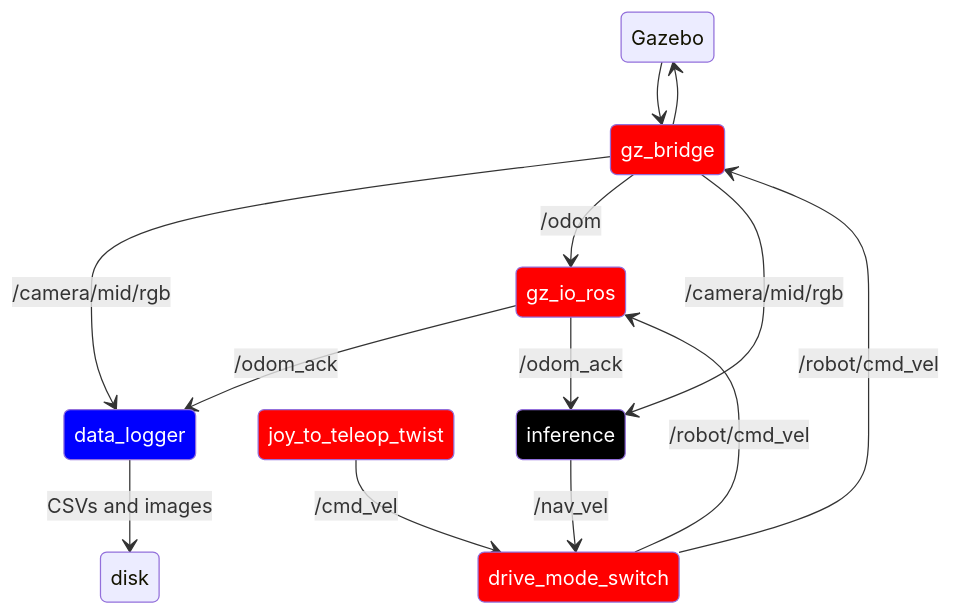
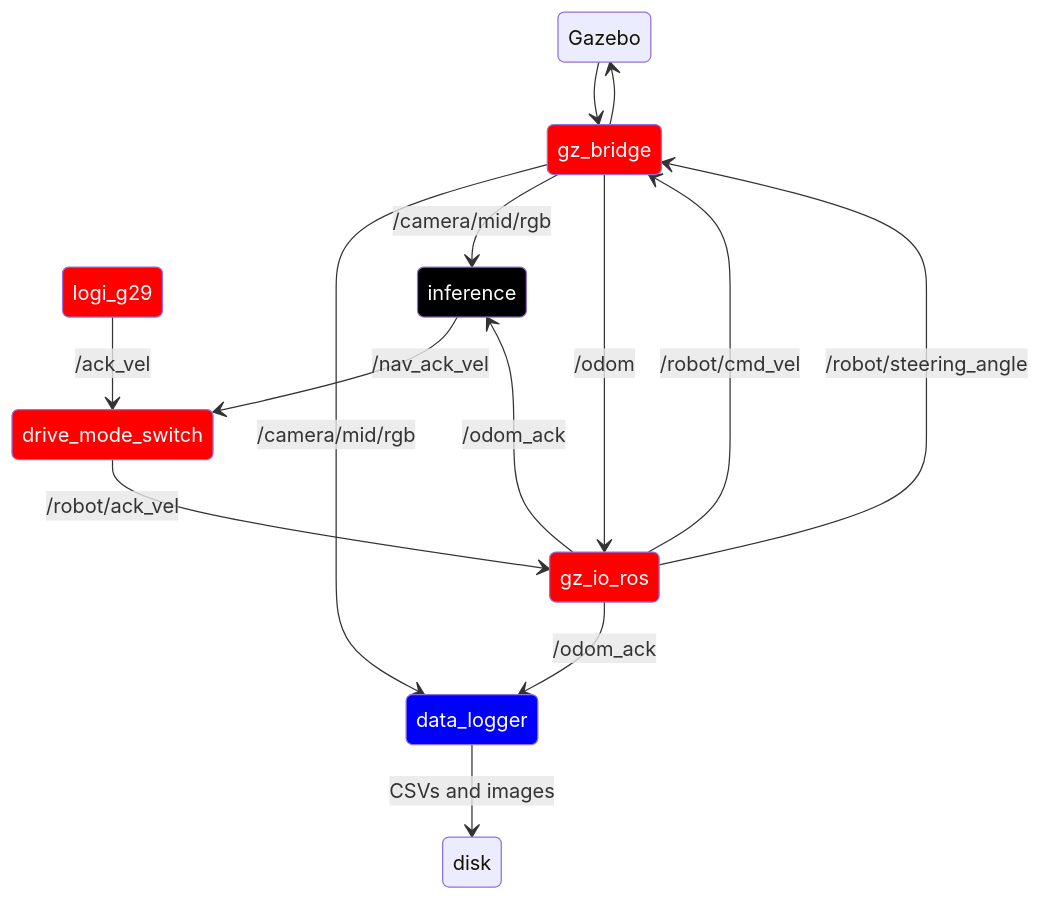
Before and after one commit to ISC-Project-Phoenix/design: the diagram in software/ros/phoenix_gazebo.md, drawn with Mermaid. The commit also changed 2 other files, not shown here.

Commit message:
Update mermaid diagrams

````diff
--- a/software/ros/phoenix_gazebo.md
+++ b/software/ros/phoenix_gazebo.md
@@ -19,27 +19,29 @@
 ```mermaid
 stateDiagram-v2
     classDef common color:white,fill:red
     classDef data color:white,fill:blue
     classDef prod color:white,fill:black
 
     %% Hardware interfaces
     Gazebo --> gz_bridge:::common
     gz_bridge:::common --> Gazebo
     gz_bridge:::common --> data_logger:::data: /camera/mid/rgb
-    gz_bridge:::common --> gz_io_ros:::common: /odom
+
     
     %% command controllers
-    drive_mode_switch:::common --> gz_bridge:::common: /robot/cmd_vel
-    drive_mode_switch:::common --> gz_io_ros:::common: /robot/cmd_vel
-    joy_to_teleop_twist:::common --> drive_mode_switch:::common: /cmd_vel
+    drive_mode_switch:::common --> gz_io_ros:::common: /robot/ack_vel
+    gz_io_ros:::common --> gz_bridge:::common: /robot/cmd_vel
+    gz_io_ros:::common --> gz_bridge:::common: /robot/steering_angle
+    logi_g29:::common --> drive_mode_switch:::common: /ack_vel
 
     %% logging
     gz_io_ros:::common --> data_logger:::data: /odom_ack
     data_logger:::data --> disk: CSVs and images
 
     %% NN
     gz_io_ros:::common --> inference:::prod: /odom_ack
-    inference:::prod --> drive_mode_switch:::common: /nav_vel
+    inference:::prod --> drive_mode_switch:::common: /nav_ack_vel
     gz_bridge:::common --> inference:::prod: /camera/mid/rgb
 
+    gz_bridge:::common --> gz_io_ros:::common: /odom
 ```
````
